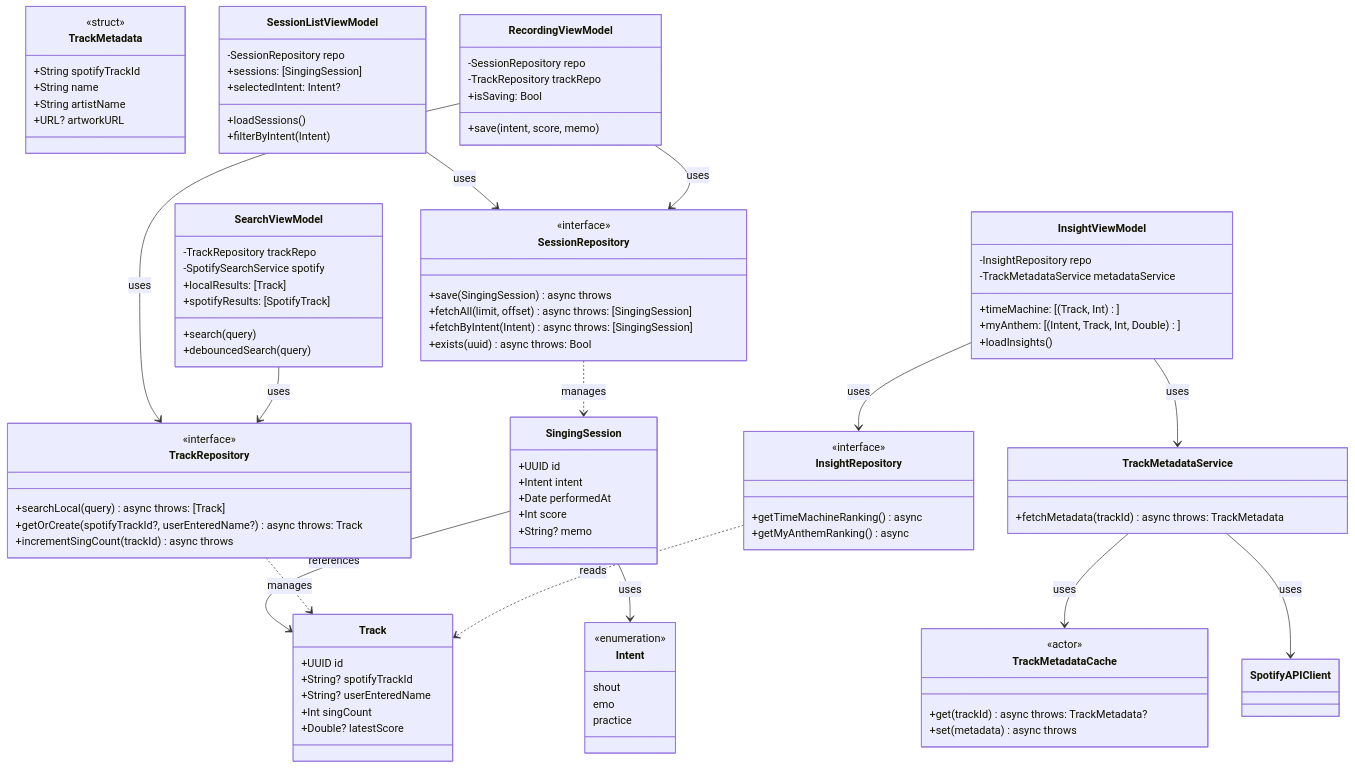
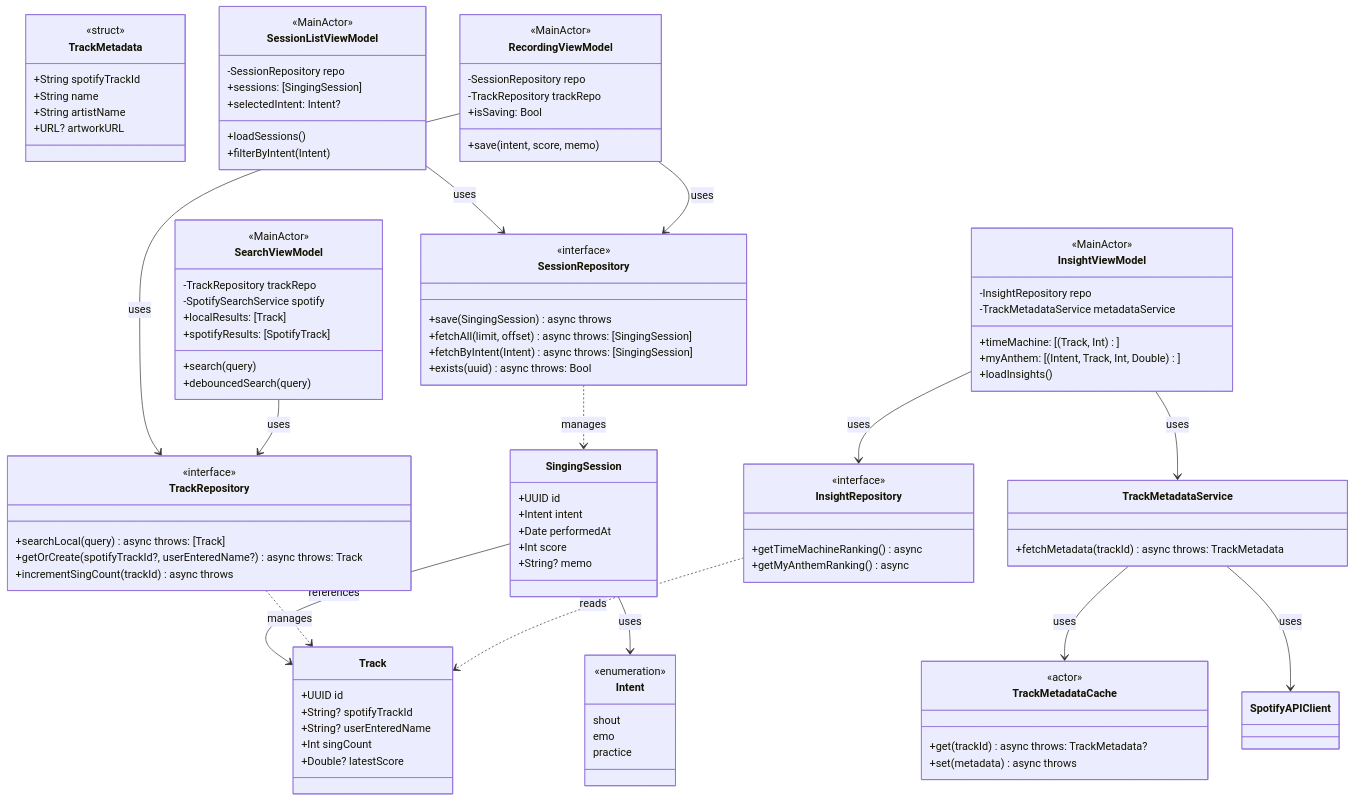
Before and after one commit to omomi-moti/Karaoke_support: the fifth of 7 diagrams in docs/detailed_design.md, drawn with Mermaid.

Commit message:
docs: add <<MainActor>> stereotype to all ViewModel classes in class diagram

```diff
--- a/docs/detailed_design.md
+++ b/docs/detailed_design.md
@@ -196,6 +196,7 @@
     }
 
     class SessionListViewModel {
+        <<MainActor>>
         -SessionRepository repo
         +sessions: [SingingSession]
         +selectedIntent: Intent?
@@ -204,6 +205,7 @@
     }
 
     class RecordingViewModel {
+        <<MainActor>>
         -SessionRepository repo
         -TrackRepository trackRepo
         +save(intent, score, memo)
@@ -211,6 +213,7 @@
     }
 
     class SearchViewModel {
+        <<MainActor>>
         -TrackRepository trackRepo
         -SpotifySearchService spotify
         +localResults: [Track]
@@ -220,6 +223,7 @@
     }
 
     class InsightViewModel {
+        <<MainActor>>
         -InsightRepository repo
         -TrackMetadataService metadataService
         +timeMachine: [(Track, Int)]
```
